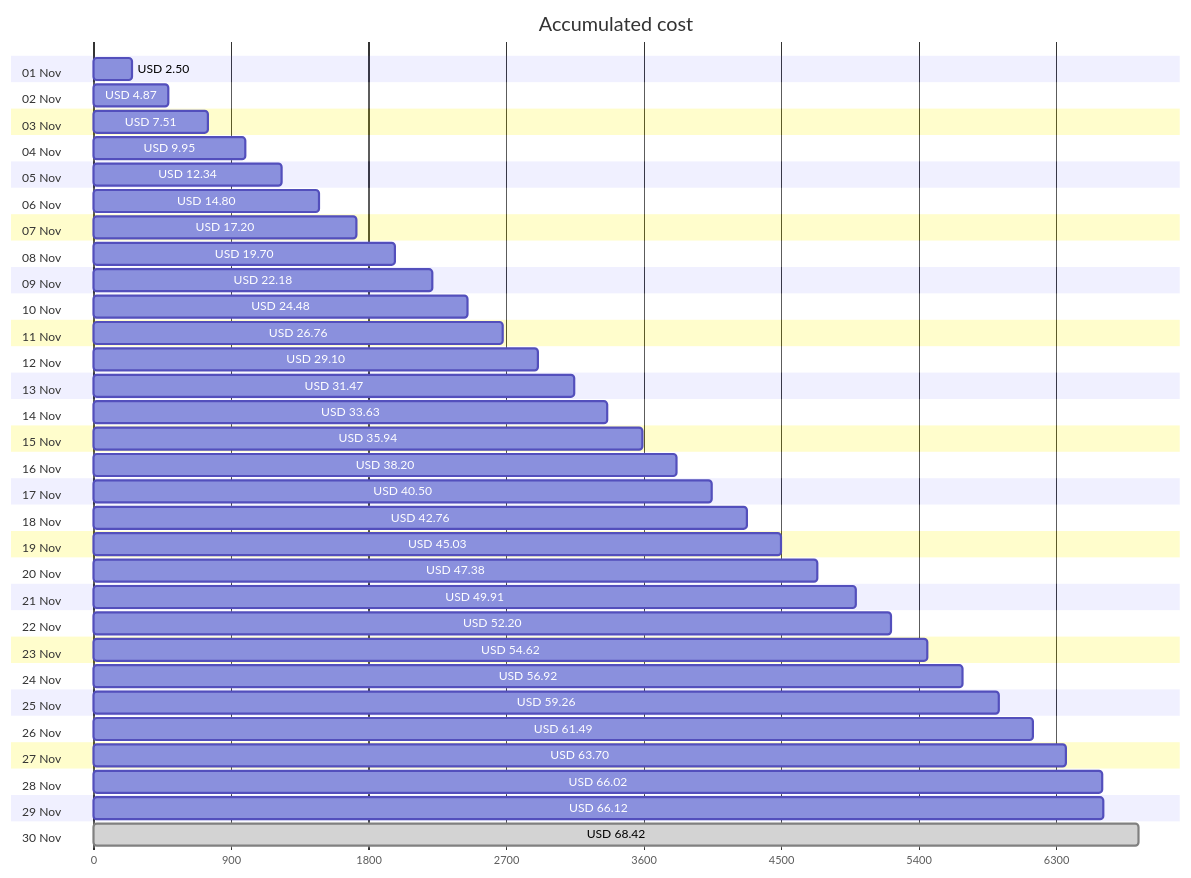
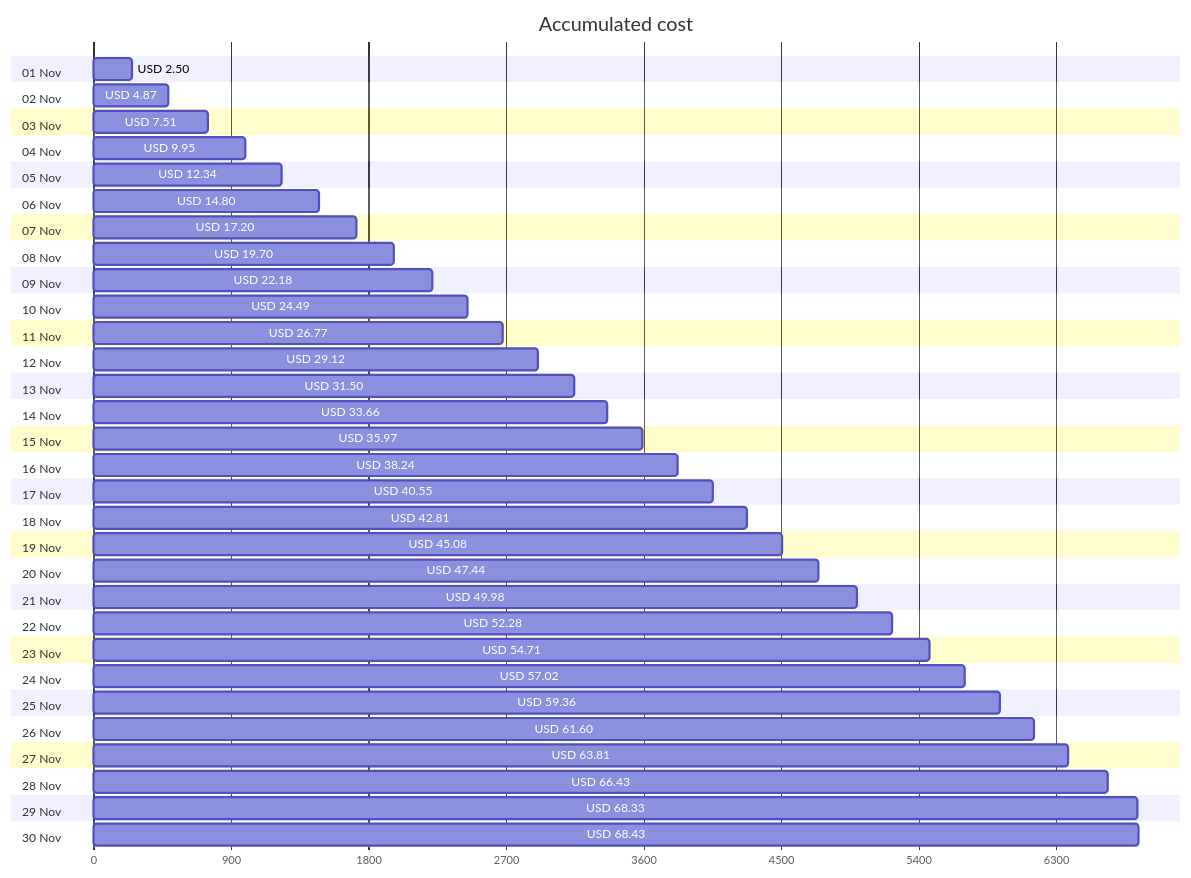
Before and after one commit to jpfulton/azure-personal-reports: the first of 4 diagrams in cost-reports/accumulated-cost.md, drawn with Mermaid. The commit also changed other lines of this file and 4 other files, not shown here.

````diff
--- a/cost-reports/accumulated-cost.md
+++ b/cost-reports/accumulated-cost.md
@@ -20,66 +20,66 @@
 ```mermaid
 gantt
    title Accumulated cost
    dateFormat  X
    axisFormat %s
    section 01 Nov
    USD 2.50 :0, 250
    section 02 Nov
    USD 4.87 :0, 487
    section 03 Nov
    USD 7.51 :0, 751
    section 04 Nov
    USD 9.95 :0, 995
    section 05 Nov
    USD 12.34 :0, 1234
    section 06 Nov
    USD 14.80 :0, 1480
    section 07 Nov
    USD 17.20 :0, 1720
    section 08 Nov
    USD 19.70 :0, 1970
    section 09 Nov
    USD 22.18 :0, 2218
    section 10 Nov
-   USD 24.48 :0, 2448
+   USD 24.49 :0, 2449
    section 11 Nov
-   USD 26.76 :0, 2676
+   USD 26.77 :0, 2677
    section 12 Nov
-   USD 29.10 :0, 2910
+   USD 29.12 :0, 2912
    section 13 Nov
-   USD 31.47 :0, 3147
+   USD 31.50 :0, 3150
    section 14 Nov
-   USD 33.63 :0, 3363
+   USD 33.66 :0, 3366
    section 15 Nov
-   USD 35.94 :0, 3594
+   USD 35.97 :0, 3597
    section 16 Nov
-   USD 38.20 :0, 3820
+   USD 38.24 :0, 3824
    section 17 Nov
-   USD 40.50 :0, 4050
+   USD 40.55 :0, 4055
    section 18 Nov
-   USD 42.76 :0, 4276
+   USD 42.81 :0, 4281
    section 19 Nov
-   USD 45.03 :0, 4503
+   USD 45.08 :0, 4508
    section 20 Nov
-   USD 47.38 :0, 4738
+   USD 47.44 :0, 4744
    section 21 Nov
-   USD 49.91 :0, 4991
+   USD 49.98 :0, 4998
    section 22 Nov
-   USD 52.20 :0, 5220
+   USD 52.28 :0, 5228
    section 23 Nov
-   USD 54.62 :0, 5462
+   USD 54.71 :0, 5471
    section 24 Nov
-   USD 56.92 :0, 5692
+   USD 57.02 :0, 5702
    section 25 Nov
-   USD 59.26 :0, 5926
+   USD 59.36 :0, 5936
    section 26 Nov
-   USD 61.49 :0, 6149
+   USD 61.60 :0, 6160
    section 27 Nov
-   USD 63.70 :0, 6370
+   USD 63.81 :0, 6381
    section 28 Nov
-   USD 66.02 :0, 6602
+   USD 66.43 :0, 6643
    section 29 Nov
-   USD 66.12 :0, 6612
+   USD 68.33 :0, 6833
    section 30 Nov
-   USD 68.42 : done, 0, 6842
+   USD 68.43 :0, 6843
 ```
````
